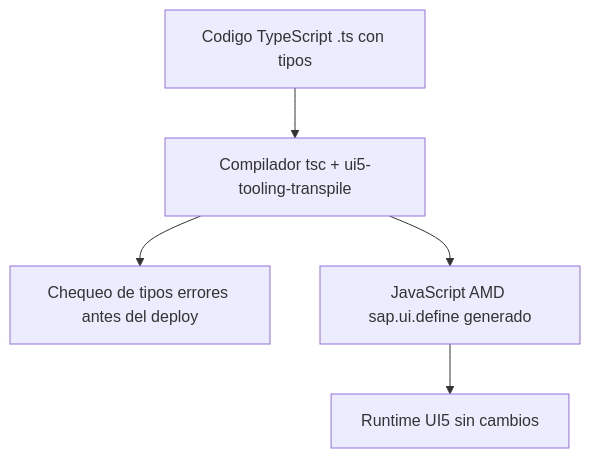
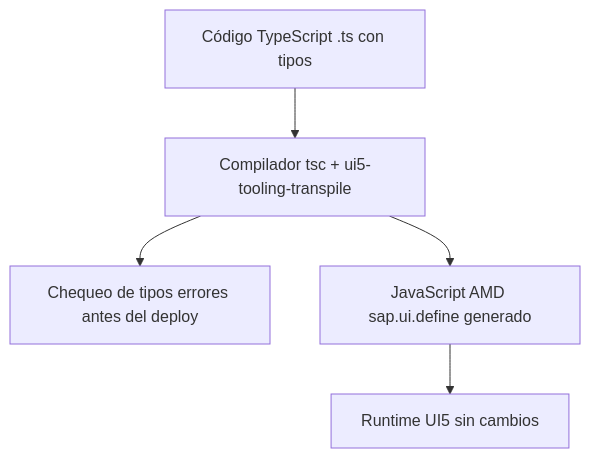
The diagram in es/ui5-typescript.mdx (logalitech/blog-content), drawn with Mermaid before and after one commit. The commit also changed other lines of this file and 49 other files, not shown here.

````diff
--- a/es/ui5-typescript.mdx
+++ b/es/ui5-typescript.mdx
@@ -39,7 +39,7 @@
 ```mermaid
 flowchart TB
- TS["Codigo TypeScript .ts con tipos"] --> C["Compilador tsc + ui5-tooling-transpile"]
+ TS["Código TypeScript .ts con tipos"] --> C["Compilador tsc + ui5-tooling-transpile"]
  C --> CHK["Chequeo de tipos errores antes del deploy"]
  C --> JS["JavaScript AMD sap.ui.define generado"]
  JS --> RT["Runtime UI5 sin cambios"]
 ```
````
